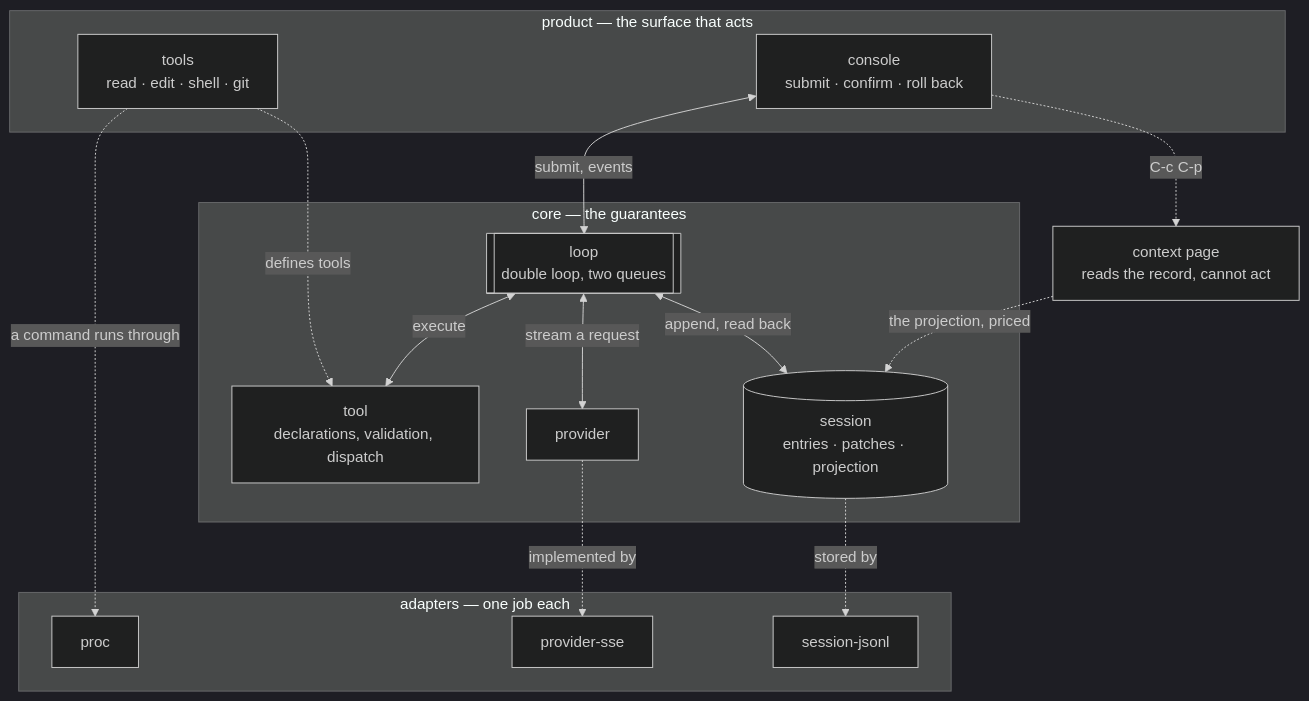
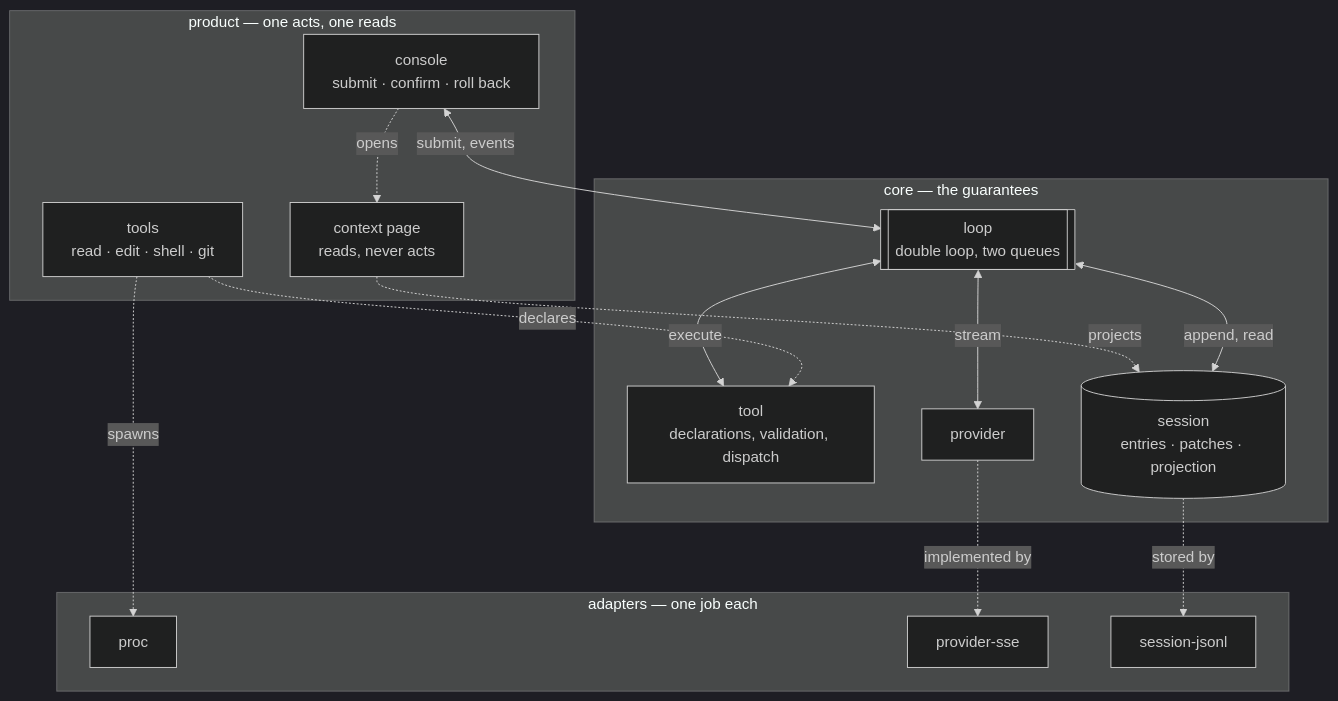
The second of 2 diagrams in README.md (OverbearingPearl/pearl), drawn with Mermaid (dark theme) before and after one commit. The commit also changed other lines of this file, not shown here.

First line of the commit message:
Put the page on the row it shares with the console

````diff
--- a/README.md
+++ b/README.md
@@ -214,29 +213,29 @@
 ```mermaid
 flowchart TB
-  subgraph product["product — the surface that acts"]
+  subgraph product["product — one acts, one reads"]
     tools["tools<br/>read · edit · shell · git"]
     console["console<br/>submit · confirm · roll back"]
+    context["context page<br/>reads, never acts"]
   end
-  context["context page<br/>reads the record, cannot act"]
   subgraph core["core — the guarantees"]
     loop[["loop<br/>double loop, two queues"]]
     tool["tool<br/>declarations, validation, dispatch"]
     session[("session<br/>entries · patches · projection")]
     provider["provider"]
   end
   subgraph adapters["adapters — one job each"]
     proc["proc"]
     sse["provider-sse"]
     jsonl["session-jsonl"]
   end
   console <-->|submit, events| loop
-  console -.->|C-c C-p| context
-  context -.->|the projection, priced| session
+  console -.->|opens| context
+  context -.->|projects| session
   loop <-->|execute| tool
-  tools -.->|defines tools| tool
-  loop <-->|stream a request| provider
-  loop <-->|append, read back| session
+  tools -.->|declares| tool
+  loop <-->|stream| provider
+  loop <-->|append, read| session
   provider -.->|implemented by| sse
   session -.->|stored by| jsonl
-  tools -.->|a command runs through| proc
+  tools -.->|spawns| proc
 ```
````
